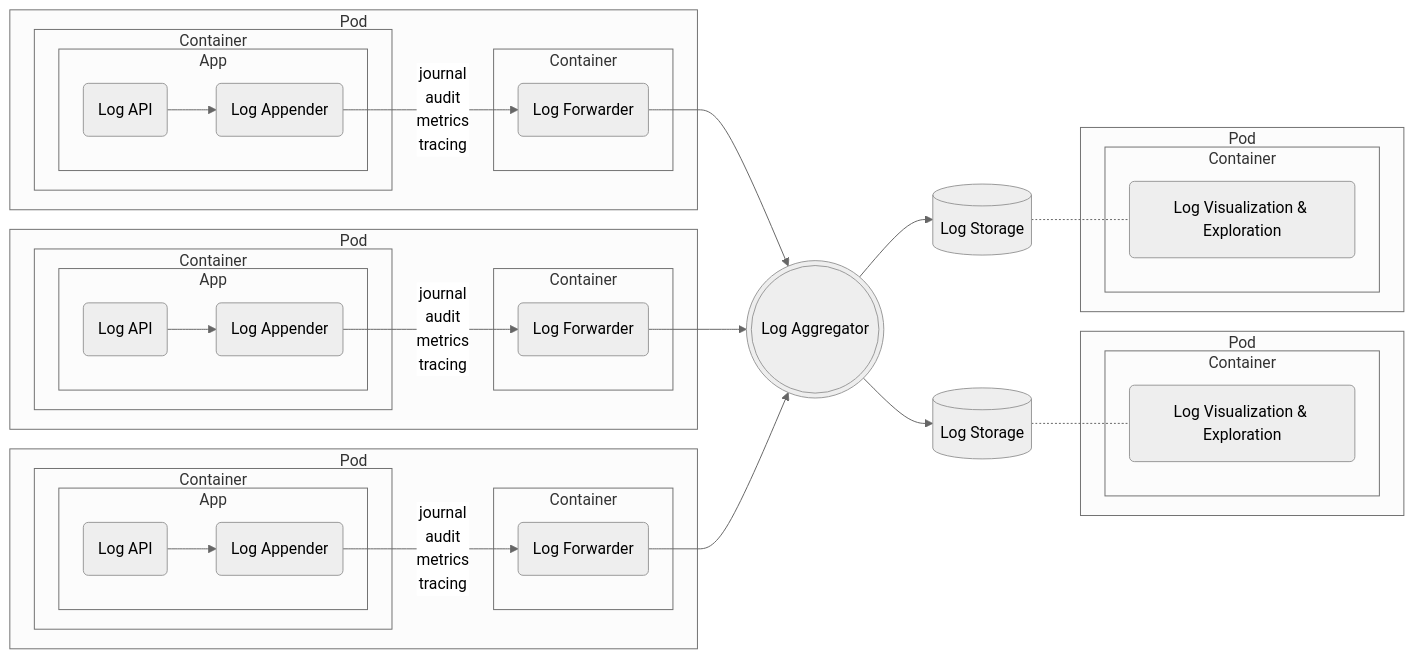
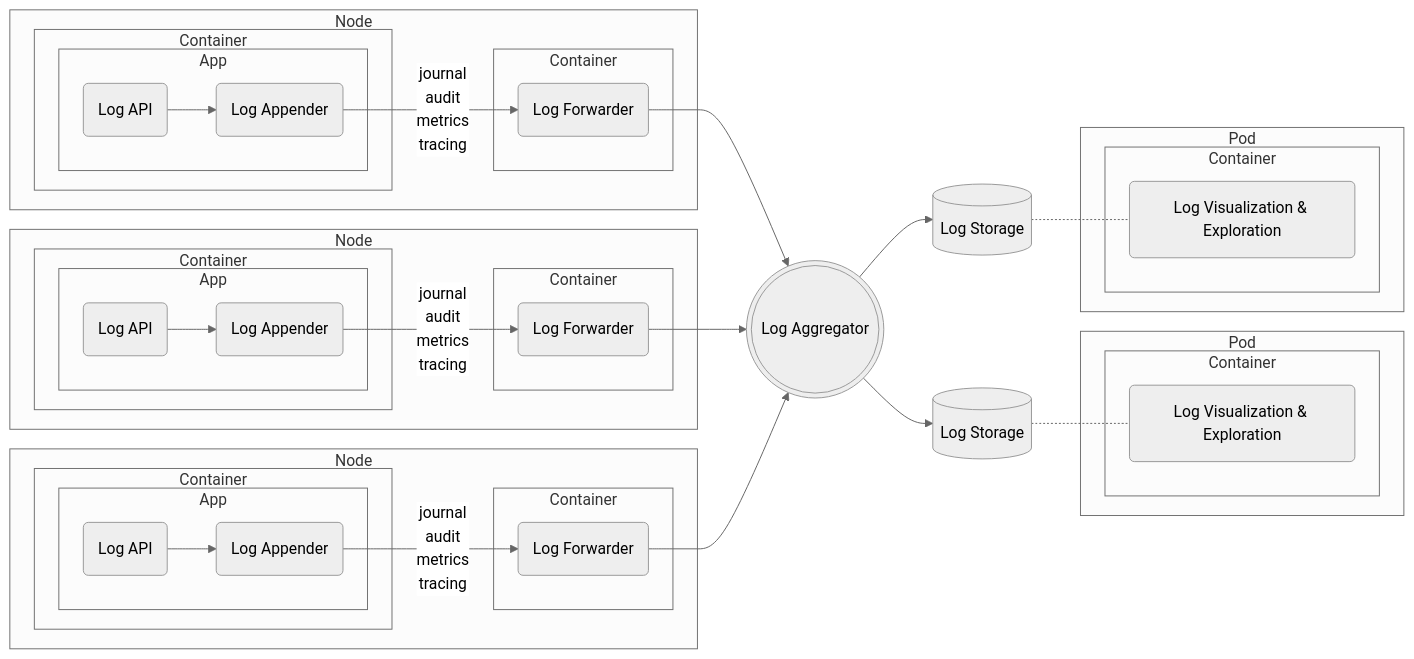
Before and after one commit to t-ibm/didymus: the diagram in app/src/doc/templates/elkStack.mmd, drawn with Mermaid (neutral theme). The commit also changed 2 other files, not shown here.

Commit message:
Upgrading Node/NPM versions; adding Gainsight to the picture

```diff
--- a/app/src/doc/templates/elkStack.mmd
+++ b/app/src/doc/templates/elkStack.mmd
@@ -1,48 +1,48 @@
 flowchart LR
-  subgraph P1[Pod]
+  subgraph N1[Node]
     subgraph C11[Container]
       subgraph B1[App]
         I1(Log API) --> A1(Log Appender)
       end
     end
     subgraph C12[Container]
       A1 --> |journal<br/>audit<br/>metrics<br/>tracing| F1(Log Forwarder)
     end
   end
-  subgraph P2[Pod]
+  subgraph N2[Node]
     subgraph C21[Container]
       subgraph B2[App]
         I2(Log API) --> A2(Log Appender)
       end
     end
     subgraph C22[Container]
       A2 --> |journal<br/>audit<br/>metrics<br/>tracing| F2(Log Forwarder)
     end
   end
-  subgraph P3[Pod]
+  subgraph N3[Node]
     subgraph C31[Container]
       subgraph B3[App]
         I3(Log API) --> A3(Log Appender)
       end
     end
     subgraph C32[Container]
       A3 --> |journal<br/>audit<br/>metrics<br/>tracing| F3(Log Forwarder)
     end
   end
   F1 --> L(((Log Aggregator)))
   F2 --> L
   F3 --> L
   L --> E1[(Log Storage)]
   L --> E2[(Log Storage)]
   subgraph P4[Pod]
     subgraph C4[Container]
       K4(Log Visualization & Exploration)
     end
   end
   subgraph P5[Pod]
     subgraph C5[Container]
       K5(Log Visualization & Exploration)
     end
   end
   E1 -.- K4
   E2 -.- K5
```
